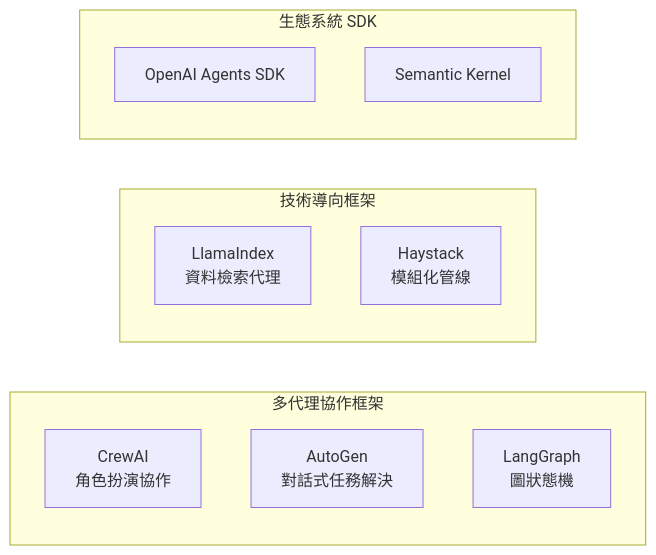
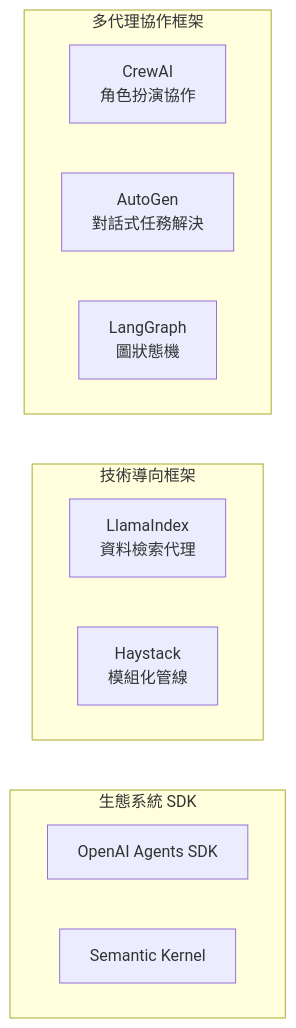
One commit to perng/ai-cert changed the second of 2 diagrams in subjects/m5/chapter4.qmd. Above: the diagram before and after it, drawn with Mermaid. The commit also changed 15 other files, not shown here.

````diff
--- a/subjects/m5/chapter4.qmd
+++ b/subjects/m5/chapter4.qmd
@@ -127,16 +127,17 @@
 ```{mermaid}
-graph LR
+graph TD
     subgraph S1["多代理協作框架"]
         CrewAI["CrewAI<br/>角色扮演協作"]
         AutoGen["AutoGen<br/>對話式任務解決"]
         LangGraph["LangGraph<br/>圖狀態機"]
     end
     subgraph S2["技術導向框架"]
         LlamaIndex["LlamaIndex<br/>資料檢索代理"]
         Haystack["Haystack<br/>模組化管線"]
     end
     subgraph S3["生態系統 SDK"]
         OpenAISDK["OpenAI Agents SDK"]
         SemanticKernel["Semantic Kernel"]
     end
+    S1 ~~~ S2 ~~~ S3
 ```
````
